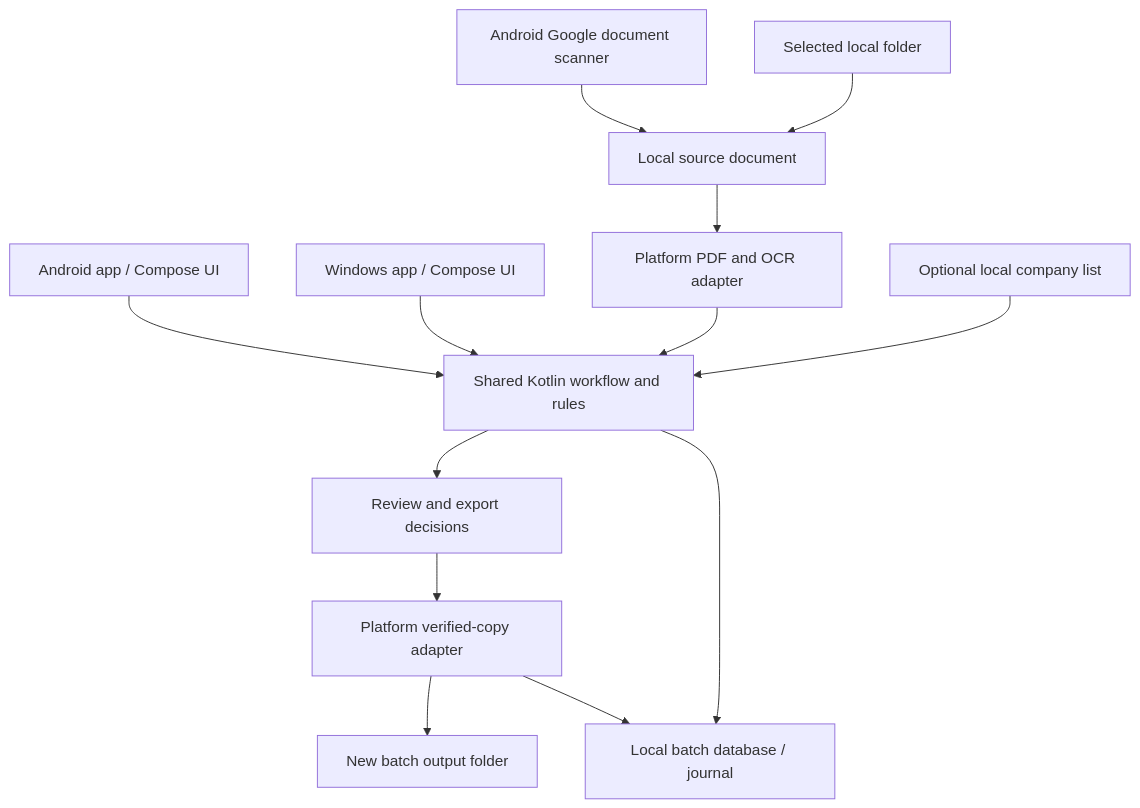
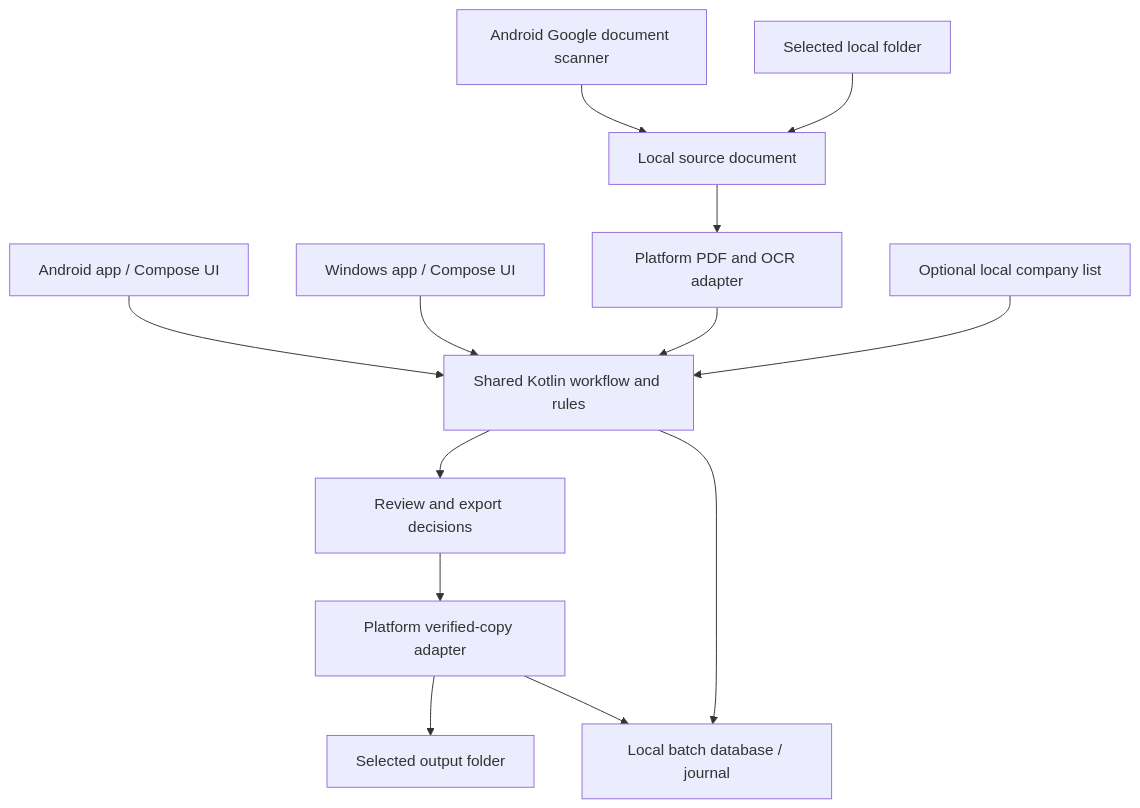
One commit to Angelo-Palpalatoc/Automated-File-Renaming-System-Using-Optical-Character-Recognition-OCR- changed the diagram in APP_SPECIFICATION.md. Above: the diagram before and after it, drawn with Mermaid. The commit also changed other lines of this file and 53 other files, not shown here.

````diff
--- a/APP_SPECIFICATION.md
+++ b/APP_SPECIFICATION.md
@@ -105,15 +105,15 @@
 ```mermaid
 flowchart TD
     A[Android app / Compose UI] --> C[Shared Kotlin workflow and rules]
     B[Windows app / Compose UI] --> C
     D[Android Google document scanner] --> E[Local source document]
     F[Selected local folder] --> E
     E --> G[Platform PDF and OCR adapter]
     G --> C
     H[Optional local company list] --> C
     C --> I[Review and export decisions]
     I --> J[Platform verified-copy adapter]
-    J --> K[New batch output folder]
+    J --> K[Selected output folder]
     C --> L[Local batch database / journal]
     J --> L
 ```
````
